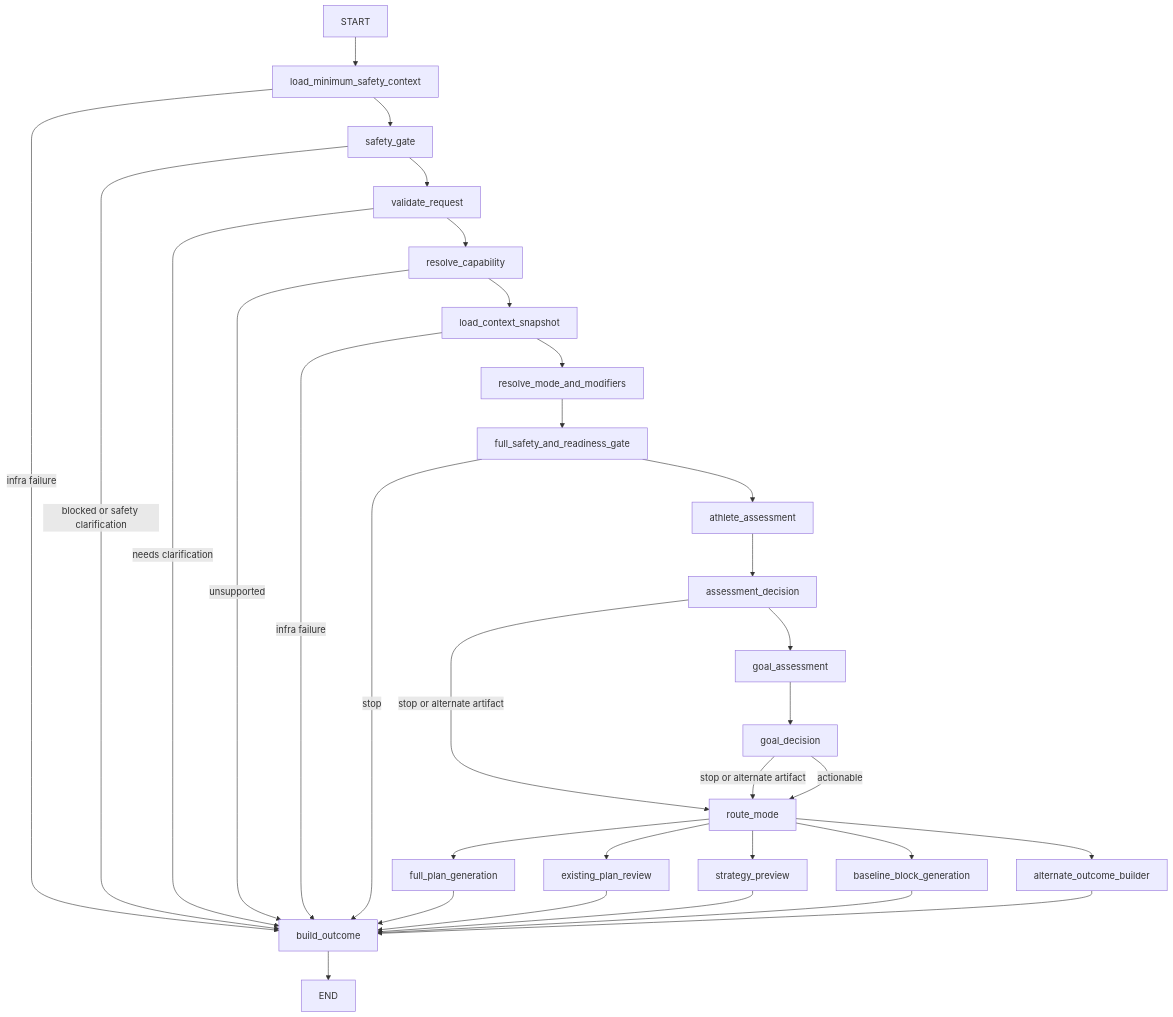
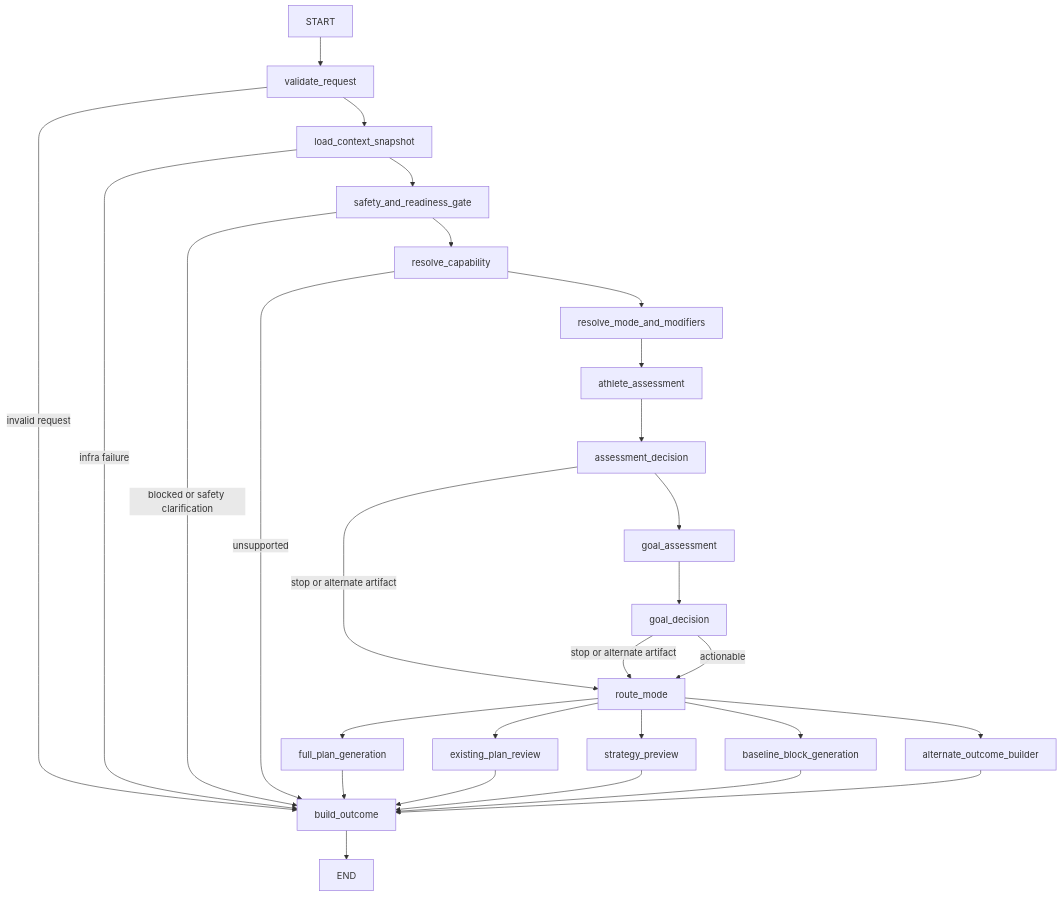
Before and after one commit to zhaochy1990/running: the second of 3 diagrams in docs/coach_agent/master_plan_langgraph.md, drawn with Mermaid. The commit also changed other lines of this file and 3 other files, not shown here.

````diff
--- a/docs/coach_agent/master_plan_langgraph.md
+++ b/docs/coach_agent/master_plan_langgraph.md
@@ -178,36 +251,32 @@
 ```mermaid
 flowchart TD
-    START --> SafetyLoad[load_minimum_safety_context]
-    SafetyLoad -->|infra failure| Outcome[build_outcome]
-    SafetyLoad --> Safety[safety_gate]
+    START --> Validate[validate_request]
+    Validate -->|invalid request| Outcome[build_outcome]
+    Validate --> Snapshot[load_context_snapshot]
+    Snapshot -->|infra failure| Outcome
+    Snapshot --> Safety[safety_and_readiness_gate]
     Safety -->|blocked or safety clarification| Outcome
-    Safety --> Validate[validate_request]
-    Validate -->|needs clarification| Outcome
-    Validate --> Capability[resolve_capability]
+    Safety --> Capability[resolve_capability]
     Capability -->|unsupported| Outcome
-    Capability --> Snapshot[load_context_snapshot]
-    Snapshot -->|infra failure| Outcome
-    Snapshot --> Resolve[resolve_mode_and_modifiers]
-    Resolve --> FullSafety[full_safety_and_readiness_gate]
-    FullSafety -->|stop| Outcome
-    FullSafety --> Assess[athlete_assessment]
+    Capability --> Resolve[resolve_mode_and_modifiers]
+    Resolve --> Assess[athlete_assessment]
     Assess --> Decide[assessment_decision]
     Decide -->|stop or alternate artifact| ModeRoute[route_mode]
     Decide --> Goal[goal_assessment]
     Goal --> GoalDecision[goal_decision]
     GoalDecision -->|stop or alternate artifact| ModeRoute
     GoalDecision -->|actionable| ModeRoute
 
     ModeRoute --> Generate[full_plan_generation]
     ModeRoute --> Review[existing_plan_review]
     ModeRoute --> Preview[strategy_preview]
     ModeRoute --> Baseline[baseline_block_generation]
     ModeRoute --> Alternate[alternate_outcome_builder]
 
     Generate --> Outcome
     Review --> Outcome
     Preview --> Outcome
     Baseline --> Outcome
     Alternate --> Outcome
     Outcome --> END
 ```
````
